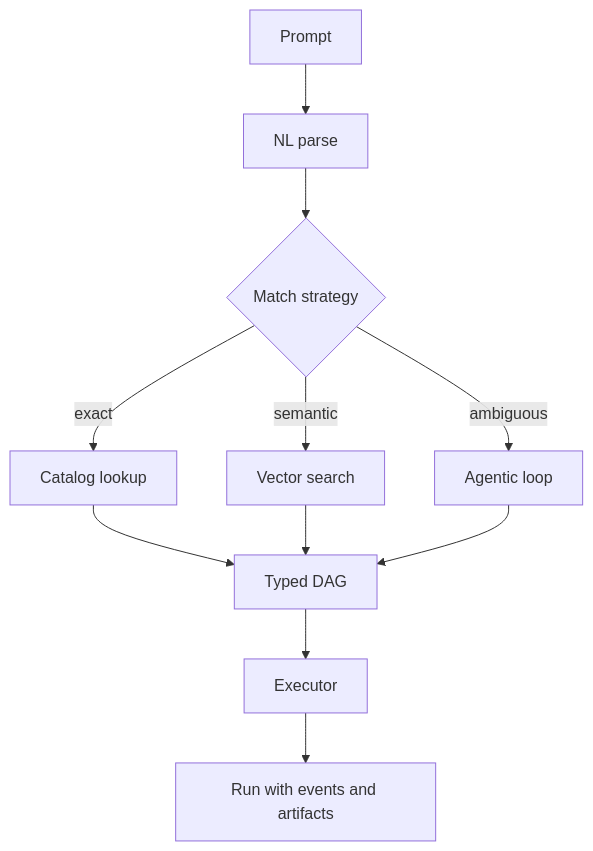
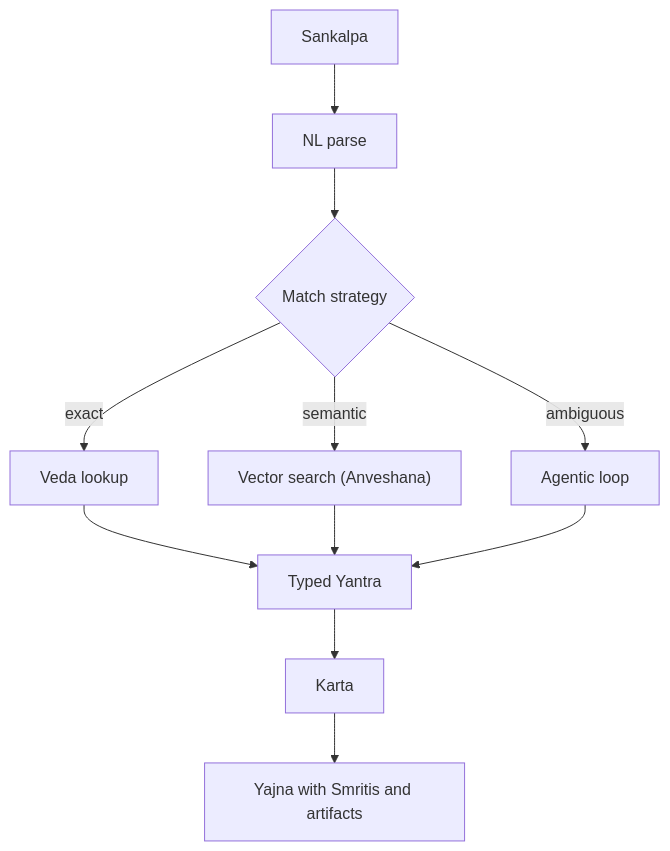
One commit to so-weak/Aakaar changed the second of 4 diagrams in documentation/src/01-HLD.md. Above: the diagram before and after it, drawn with Mermaid. The commit also changed other lines of this file and 56 other files, not shown here.

````diff
--- a/documentation/src/01-HLD.md
+++ b/documentation/src/01-HLD.md
@@ -83,13 +83,13 @@
 ```mermaid
 flowchart TD
-  P["Prompt"] --> N["NL parse"]
+  P["Sankalpa"] --> N["NL parse"]
   N --> M{"Match strategy"}
-  M -->|"exact"| C["Catalog lookup"]
-  M -->|"semantic"| V["Vector search"]
+  M -->|"exact"| C["Veda lookup"]
+  M -->|"semantic"| V["Vector search (Anveshana)"]
   M -->|"ambiguous"| A["Agentic loop"]
-  C --> D["Typed DAG"]
+  C --> D["Typed Yantra"]
   V --> D
   A --> D
-  D --> X["Executor"]
-  X --> R["Run with events and artifacts"]
+  D --> X["Karta"]
+  X --> R["Yajna with Smritis and artifacts"]
 ```
````
